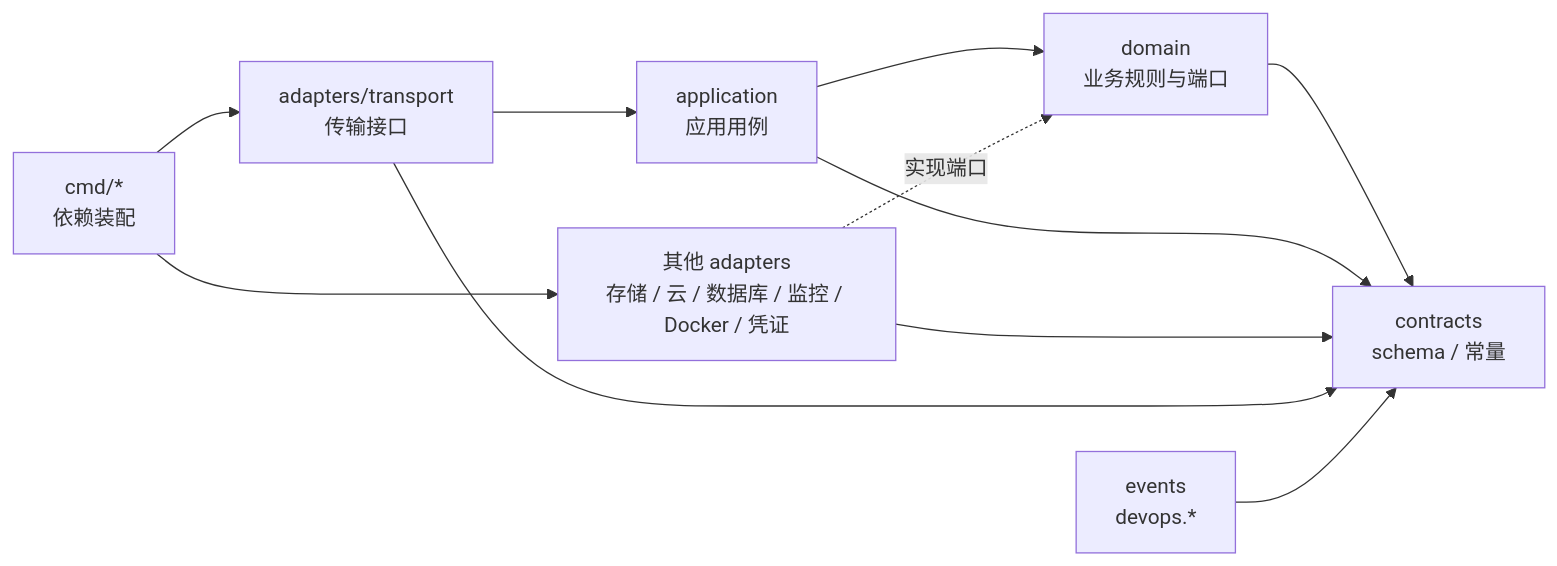
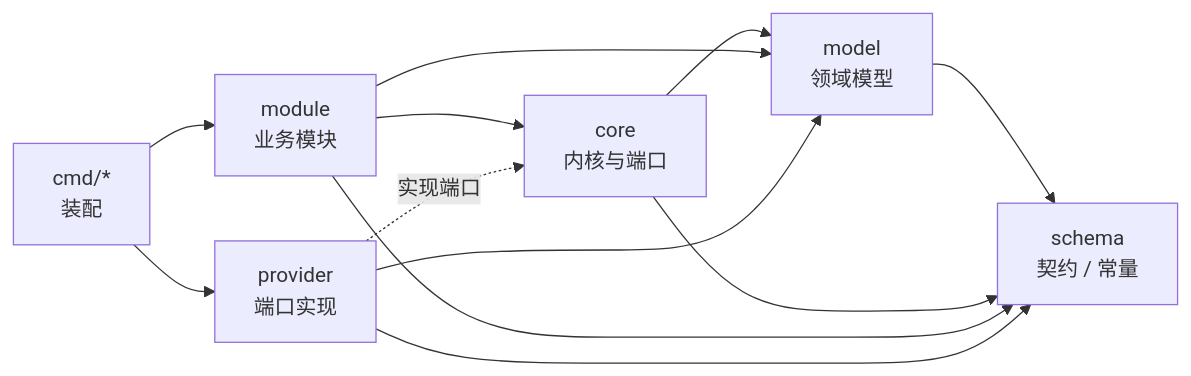
One commit to LeXwDeX/DevOps-Agent changed the diagram in docs/50-engineering/53-repo-layout.md. Above: the diagram before and after it, drawn with Mermaid. The commit also changed other lines of this file and 3 other files, not shown here.

Commit message:
docs: code layers schema/model/core/provider/module; build layer by layer with review gate, starting from core

````diff
--- a/docs/50-engineering/53-repo-layout.md
+++ b/docs/50-engineering/53-repo-layout.md
@@ -106,13 +107,14 @@
 ```mermaid
 flowchart LR
-    CMD["cmd/*<br/>依赖装配"] --> T["adapters/transport<br/>传输接口"]
-    CMD --> AD["其他 adapters<br/>存储 / 云 / 数据库 / 监控 / Docker / 凭证"]
-    T --> APP["application<br/>应用用例"]
-    APP --> DOM["domain<br/>业务规则与端口"]
-    AD -. 实现端口 .-> DOM
-    DOM --> CON["contracts<br/>schema / 常量"]
-    APP --> CON
-    AD --> CON
-    T --> CON
-    EV["events<br/>devops.*"] --> CON
+    CMD["cmd/*<br/>装配"] --> MOD["module<br/>业务模块"]
+    CMD --> PRO["provider<br/>端口实现"]
+    MOD --> CORE["core<br/>内核与端口"]
+    PRO -. 实现端口 .-> CORE
+    CORE --> MODEL["model<br/>领域模型"]
+    MOD --> MODEL
+    PRO --> MODEL
+    MODEL --> SCH["schema<br/>契约 / 常量"]
+    CORE --> SCH
+    MOD --> SCH
+    PRO --> SCH
 ```
````
